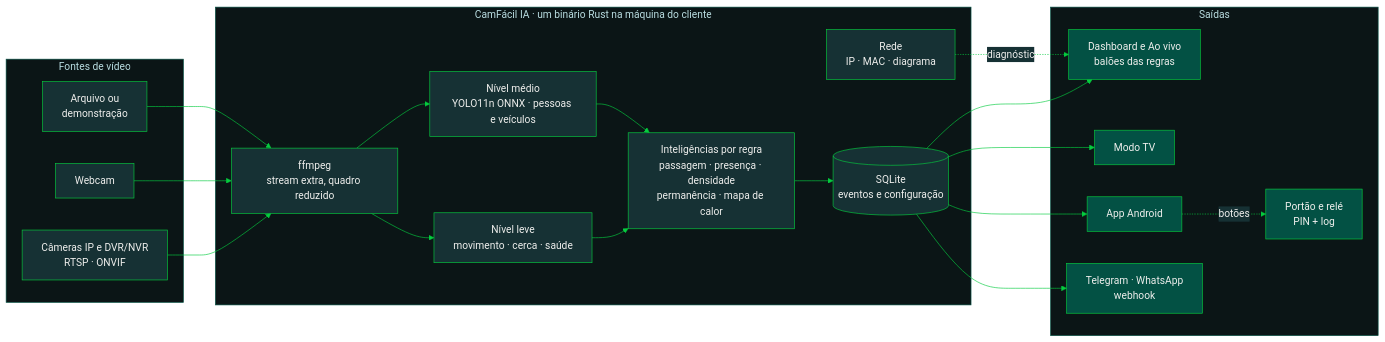
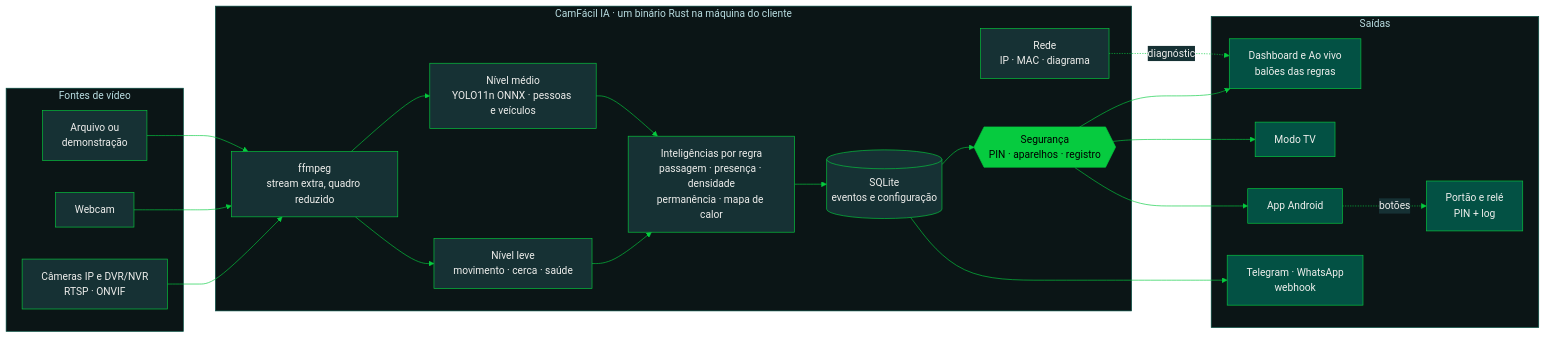
The first of 4 diagrams in README.md (emersoncassis/CamFacil-IA), drawn with Mermaid before and after one commit. The commit also changed other lines of this file and 8 other files, not shown here.

````diff
--- a/README.md
+++ b/README.md
@@ -70,30 +75,34 @@
 ```mermaid
 %%{init: {"theme":"base","themeVariables":{"primaryColor":"#163134","primaryTextColor":"#EFEFED","primaryBorderColor":"#06CB3F","lineColor":"#06CB3F","fontFamily":"system-ui","clusterBkg":"#0B1516","clusterBorder":"#035144","edgeLabelBackground":"#163134"}}}%%
 flowchart LR
   subgraph F[Fontes de vídeo]
     C1[Câmeras IP e DVR/NVR<br/>RTSP · ONVIF]
     C2[Webcam]
     C3[Arquivo ou<br/>demonstração]
   end
   subgraph N[CamFácil IA · um binário Rust na máquina do cliente]
     I[ffmpeg<br/>stream extra, quadro reduzido]
     L[Nível leve<br/>movimento · cerca · saúde]
     Y[Nível médio<br/>YOLO11n ONNX · pessoas e veículos]
     R[Inteligências por regra<br/>passagem · presença · densidade<br/>permanência · mapa de calor]
     B[(SQLite<br/>eventos e configuração)]
     D[Rede<br/>IP · MAC · diagrama]
+    G{{Segurança<br/>PIN · aparelhos · registro}}
   end
   subgraph S[Saídas]
     W[Dashboard e Ao vivo<br/>balões das regras]
     T[Modo TV]
     A[App Android]
     Z[Telegram · WhatsApp<br/>webhook]
     P[Portão e relé<br/>PIN + log]
   end
   C1 & C2 & C3 --> I --> L & Y --> R --> B
-  B --> W & T & A & Z
+  B --> Z
+  B --> G --> W & T & A
   D -.diagnóstico.-> W
   A -.botões.-> P
   classDef saida fill:#035144,stroke:#06CB3F,color:#EFEFED
+  classDef seg fill:#06CB3F,stroke:#06CB3F,color:#000000
   class W,T,A,Z,P saida
+  class G seg
 ```
````
